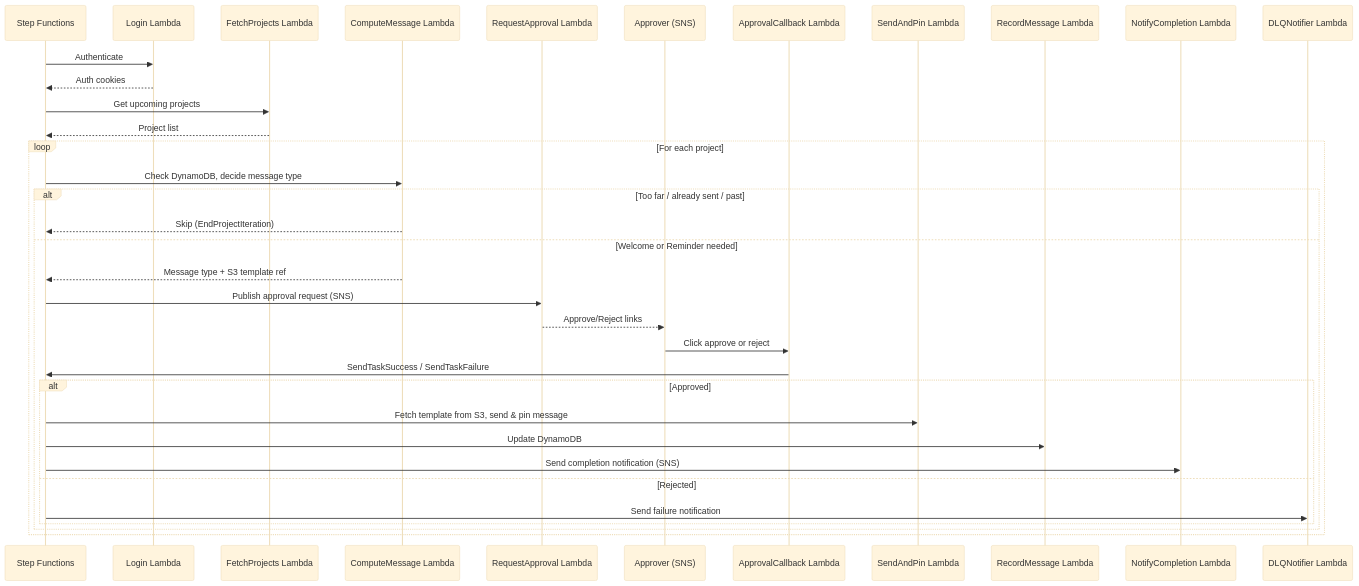
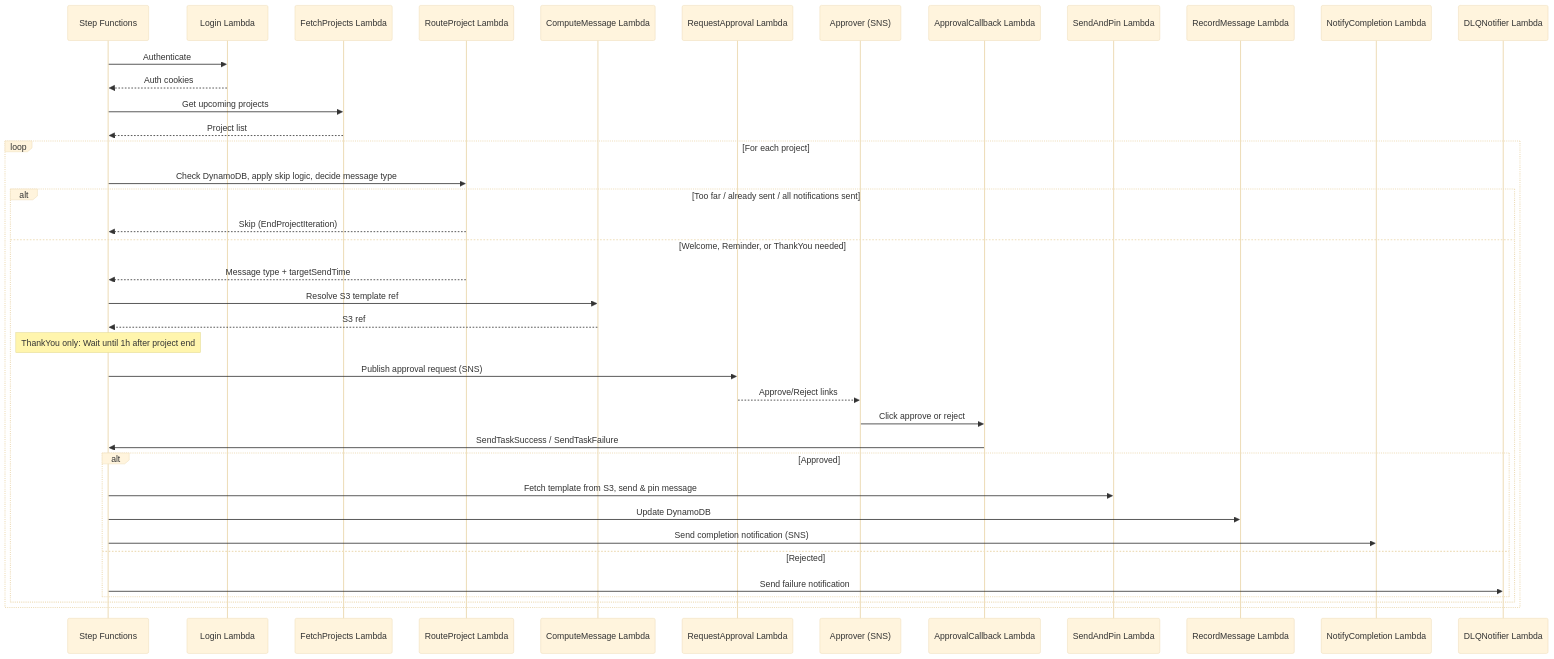
The diagram in README.md (Bouzomgi/nycares-project-welcomer), drawn with Mermaid (base theme) before and after one commit. The commit also changed other lines of this file and 1 other file, not shown here.

Commit message:
docs: update CLAUDE.md and README for RouteProject and ThankYou

````diff
--- a/README.md
+++ b/README.md
@@ -9,42 +9,46 @@
 ```mermaid
 sequenceDiagram
     participant SF as Step Functions
     participant Login as Login Lambda
     participant Fetch as FetchProjects Lambda
+    participant RouteProject as RouteProject Lambda
     participant Compute as ComputeMessage Lambda
     participant Request as RequestApproval Lambda
     participant User as Approver (SNS)
     participant Callback as ApprovalCallback Lambda
     participant Send as SendAndPin Lambda
     participant Record as RecordMessage Lambda
     participant Notify as NotifyCompletion Lambda
     participant DLQ as DLQNotifier Lambda
 
     SF->>Login: Authenticate
     Login-->>SF: Auth cookies
 
     SF->>Fetch: Get upcoming projects
     Fetch-->>SF: Project list
 
     loop For each project
-        SF->>Compute: Check DynamoDB, decide message type
-        alt Too far / already sent / past
-            Compute-->>SF: Skip (EndProjectIteration)
-        else Welcome or Reminder needed
-            Compute-->>SF: Message type + S3 template ref
+        SF->>RouteProject: Check DynamoDB, apply skip logic, decide message type
+        alt Too far / already sent / all notifications sent
+            RouteProject-->>SF: Skip (EndProjectIteration)
+        else Welcome, Reminder, or ThankYou needed
+            RouteProject-->>SF: Message type + targetSendTime
+            SF->>Compute: Resolve S3 template ref
+            Compute-->>SF: S3 ref
 
+            note over SF: ThankYou only: Wait until 1h after project end
             SF->>Request: Publish approval request (SNS)
             Request-->>User: Approve/Reject links
             User->>Callback: Click approve or reject
             Callback->>SF: SendTaskSuccess / SendTaskFailure
 
             alt Approved
                 SF->>Send: Fetch template from S3, send & pin message
                 SF->>Record: Update DynamoDB
                 SF->>Notify: Send completion notification (SNS)
             else Rejected
                 SF->>DLQ: Send failure notification
             end
         end
     end
 ```
````
